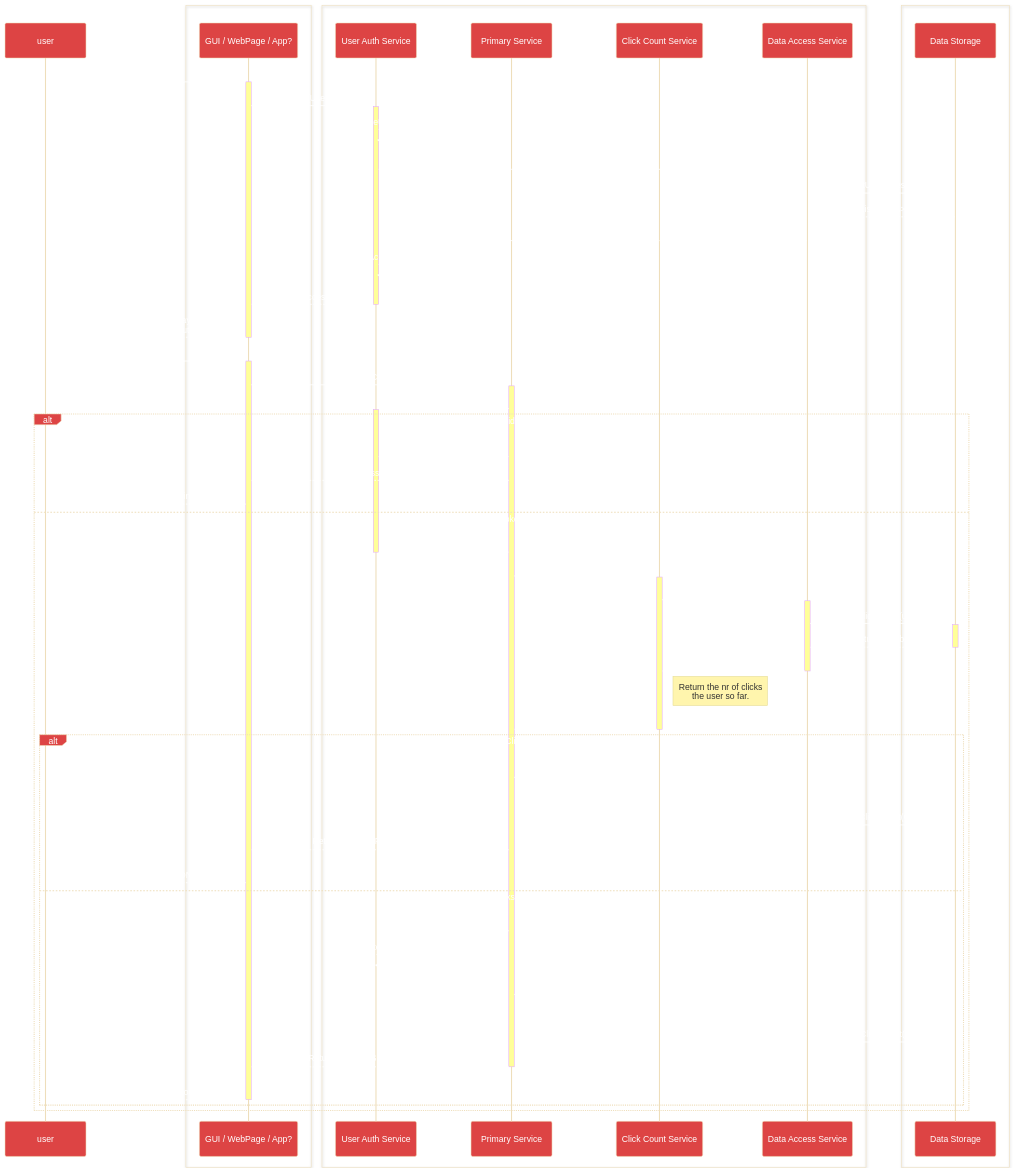
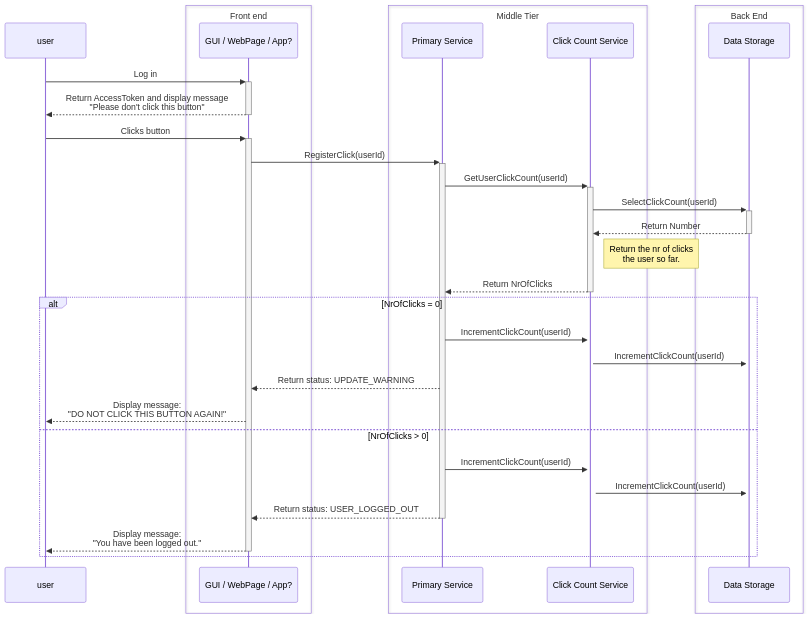
Before and after one commit to Kjartanl/mermaid: the diagram in diagrams/07-sequence.md, drawn with Mermaid.

Commit message:
Sequence Step 1

````diff
--- a/diagrams/07-sequence.md
+++ b/diagrams/07-sequence.md
@@ -5,19 +5,5 @@
 ```mermaid
 sequenceDiagram
-
-%%{
-  init: {
-    'theme': 'base',
-    'themeVariables': {
-      'primaryTextColor': '#ffffff',
-      'actorBkg': '#dd4444',
-      'activationBkgColor': '#ffff99'
-    }
-  }
-}%%
-
-###########################
-### Define the participants 
 
 participant U as user
    
@@ -26,10 +12,8 @@
 end
 
 box Middle Tier
-    participant Auth as User Auth Service
     participant Svc as Primary Service
     participant Cc as Click Count Service
-    participant Dal as Data Access Service
 end
 
 box Back End
@@ -40,51 +24,27 @@
 ### User logs in 
 
 U->>+FE: Log in
-FE->>+Auth: LogIn(UserId)
-Auth->>Auth: AuthenticateUser(UserId)
-Auth->>Dal: GetUserRoles()
-Dal->>DB: GetUserRoles()
-DB-->>Dal: List<Roles>
-Dal-->>Auth: List<Roles>
-Auth->>Auth: GenerateAccessToken()
-Auth-->>-FE: Return AccessToken
 FE-->>-U: Return AccessToken and display message <br />"Please don't click this button"
 
 U->>+FE: Clicks button 
 FE->>+Svc: RegisterClick(userId)
 
-Svc->>+Auth: CheckUserAccess(token)
-alt Invalid Token
-    Auth-->>Svc: False
-    Svc-->>FE: Access denied!
-    FE-->>U: Respond: "Please log in!"
-
-else Valid Token
-
-    Auth-->>-Svc: True
 
     Svc->>+Cc: GetUserClickCount(userId)
-    Cc->>+Dal: GetClickCount(userId)
-    Dal->>+DB: SelectClickCount(userId)
-    DB-->>-Dal: Return Number
-    Dal-->>-Cc: Return NrOfClicks 
+    Cc->>+DB: SelectClickCount(userId)
+    DB-->>-Cc: Return Number
     Note right of Cc: Return the nr of clicks <br /> the user so far.
     Cc-->>-Svc: Return NrOfClicks
 
     alt NrOfClicks = 0
         Svc->>+Cc: IncrementClickCount(userId)
-        Cc->>+Dal: IncrementClickCount(userId)
-        Dal->>+DB: UpdateClickCount(userId)
+        Cc->>+DB: IncrementClickCount(userId)
         Svc-->>FE: Return status: UPDATE_WARNING
         FE-->>U: Display message:<br />"DO NOT CLICK THIS BUTTON AGAIN!"
     else NrOfClicks > 0
-        Svc->>Auth: ReportUser(userId)
-        Auth->>Auth: InvalidateToken()
         Svc->>+Cc: IncrementClickCount(userId)
-        Cc->>+Dal: IncrementClickCount(userId)
-        Dal->>+DB: UpdateClickCount(userId)
+        Cc->>+DB: IncrementClickCount(userId)
         Svc-->>-FE: Return status: USER_LOGGED_OUT
         FE-->>-U: Display message:<br />"You have been logged out."
     end
-end
 ```
````
